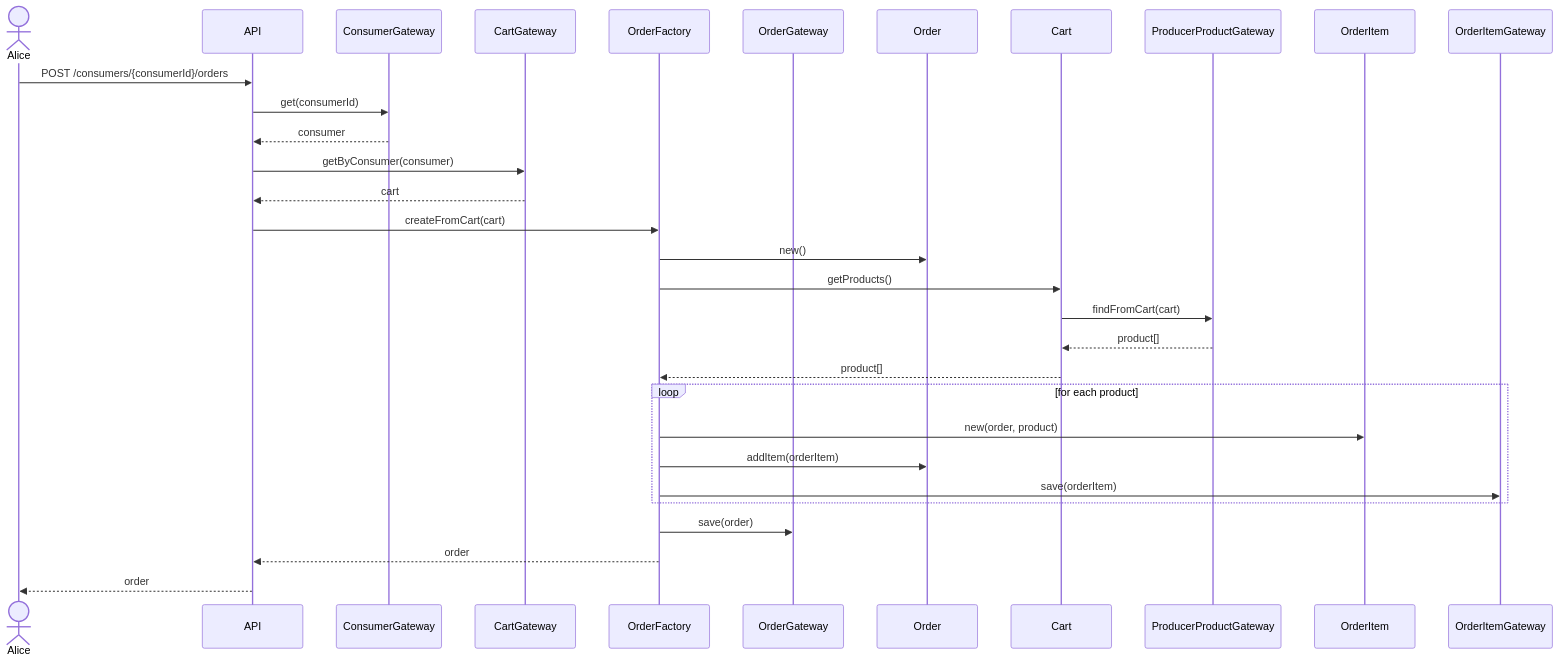
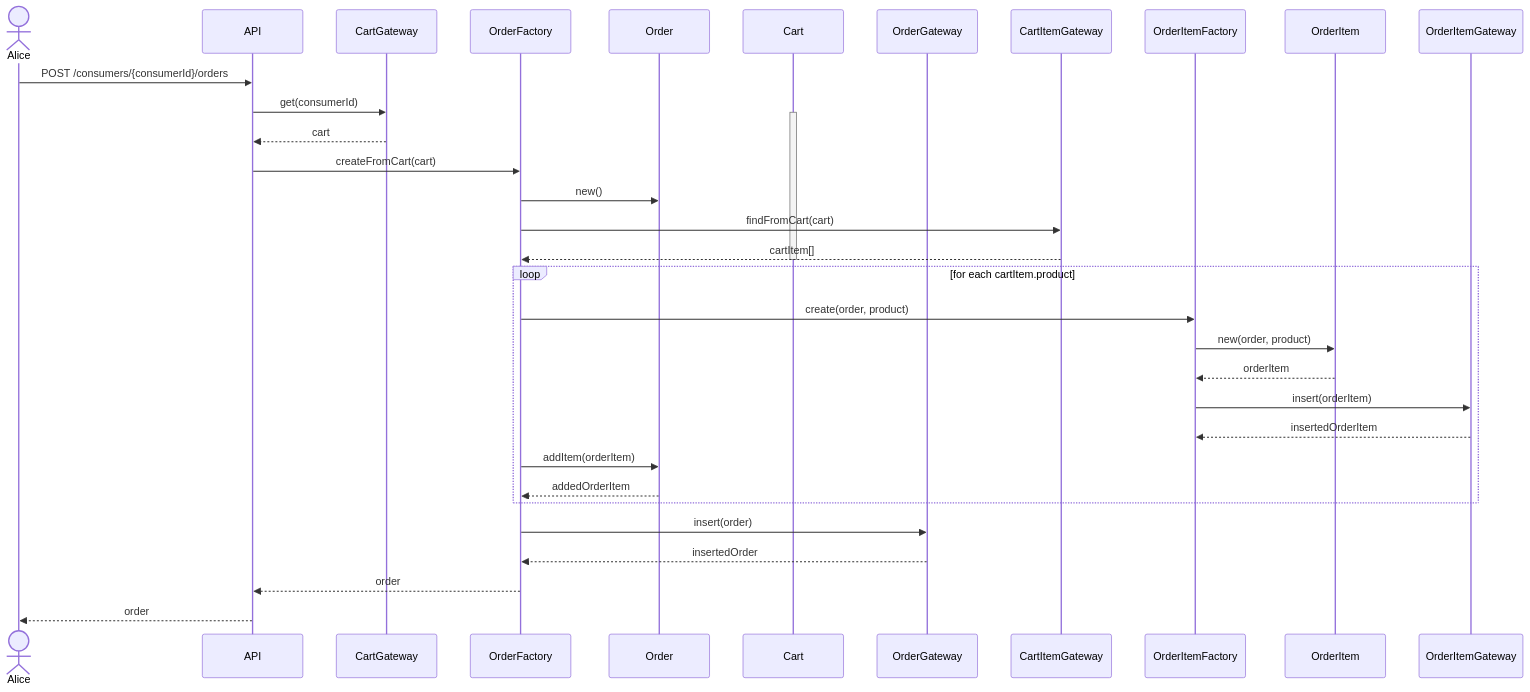
One commit to hivetown/planning changed diagram 14 of 32 in sequence.md. Above: the diagram before and after it, drawn with Mermaid. The commit also changed other lines of this file, not shown here.

````diff
--- a/sequence.md
+++ b/sequence.md
@@ -467,40 +485,43 @@
 ```mermaid
 sequenceDiagram
     actor A as Alice
     participant API
-    participant CG as ConsumerGateway
     participant CaG as CartGateway
     participant OF as OrderFactory
-    participant OG as OrderGateway
     participant O as Order
     participant C as Cart
-    participant PPG as ProducerProductGateway
+    participant OG as OrderGateway
+    participant CIG as CartItemGateway
+    participant OIF as OrderItemFactory
     participant OI as OrderItem
     participant OIG as OrderItemGateway
 
     A ->> API: POST /consumers/{consumerId}/orders
 
-    API ->> CG: get(consumerId)
-    CG -->> API: consumer
-
-    API ->> CaG: getByConsumer(consumer)
+    API ->> CaG: get(consumerId)
+    activate C
     CaG -->> API: cart
 
     API ->> OF: createFromCart(cart)
     OF ->> O: new()
 
-    OF ->> C: getProducts()
-    C ->> PPG: findFromCart(cart)
-    PPG -->> C: product[]
-    C -->> OF: product[]
+    OF ->> CIG: findFromCart(cart)
+    CIG -->> OF: cartItem[]
+    deactivate C
 
-    loop for each product
-        OF ->> OI: new(order, product)
+    loop for each cartItem.product
+        OF ->> OIF: create(order, product)
+        OIF ->> OI: new(order, product)
+        OI -->> OIF: orderItem
+        OIF ->> OIG: insert(orderItem)
+        OIG -->> OIF: insertedOrderItem
+
         OF ->> O: addItem(orderItem)
-        OF ->> OIG: save(orderItem)
+        O -->> OF: addedOrderItem
     end
 
-    OF ->> OG: save(order)
+    OF ->> OG: insert(order)
+    OG -->> OF: insertedOrder
     OF -->> API: order
     API -->> A: order
 ```
````
